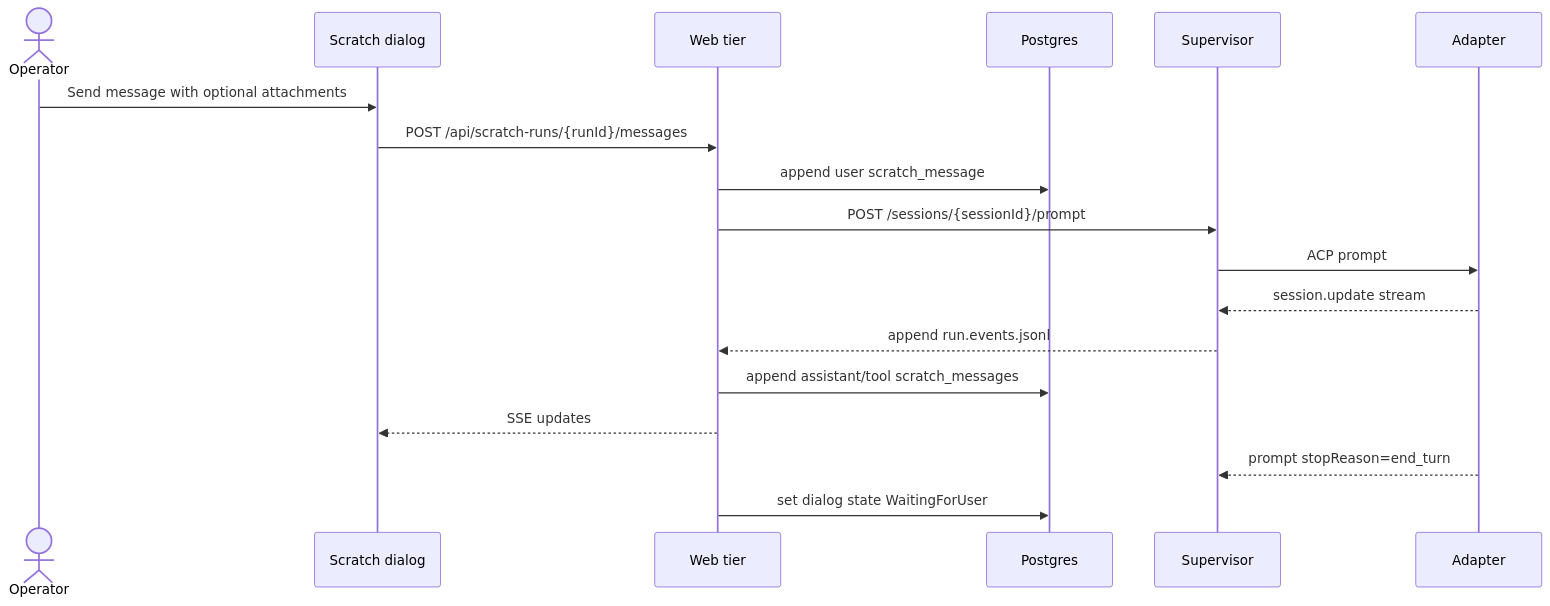
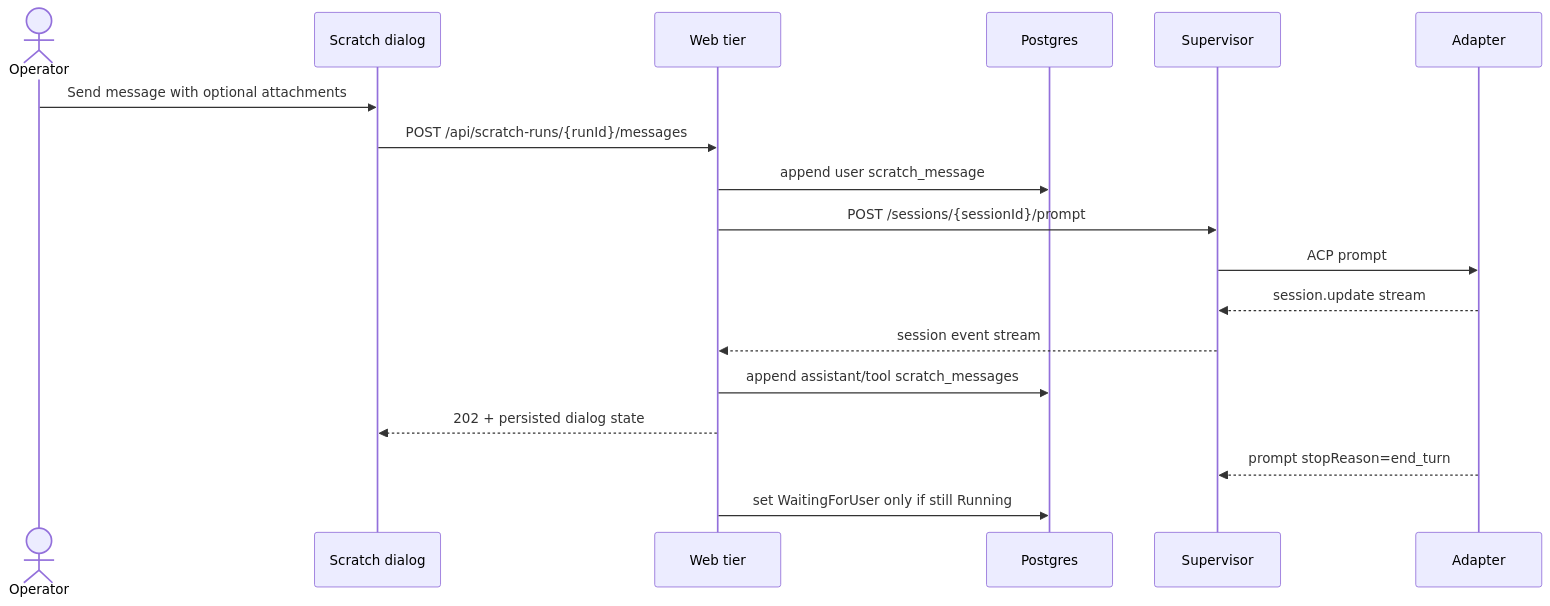
The third of 6 diagrams in docs/system-analytics/scratch-runs.md (maister-dev/maister), drawn with Mermaid before and after one commit. The commit also changed other lines of this file and 124 other files, not shown here.

````diff
--- a/docs/system-analytics/scratch-runs.md
+++ b/docs/system-analytics/scratch-runs.md
@@ -148,21 +155,21 @@
 ```mermaid
 sequenceDiagram
     actor U as Operator
     participant UI as Scratch dialog
     participant W as Web tier
     participant DB as Postgres
     participant SV as Supervisor
     participant A as Adapter
 
     U->>UI: Send message with optional attachments
     UI->>W: POST /api/scratch-runs/{runId}/messages
     W->>DB: append user scratch_message
     W->>SV: POST /sessions/{sessionId}/prompt
     SV->>A: ACP prompt
     A-->>SV: session.update stream
-    SV-->>W: append run.events.jsonl
+    SV-->>W: session event stream
     W->>DB: append assistant/tool scratch_messages
-    W-->>UI: SSE updates
+    W-->>UI: 202 + persisted dialog state
     A-->>SV: prompt stopReason=end_turn
-    W->>DB: set dialog state WaitingForUser
+    W->>DB: set WaitingForUser only if still Running
 ```
````
